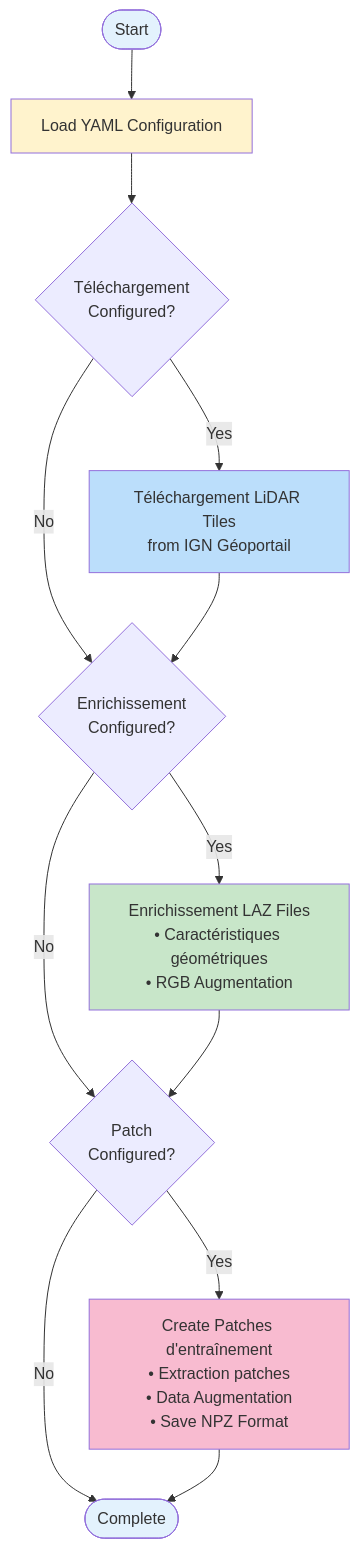
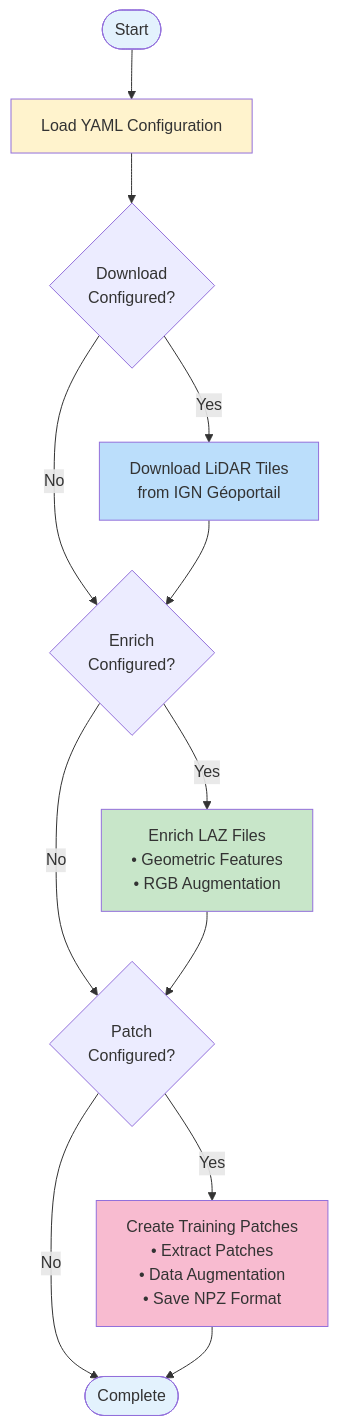
One commit to sducournau/IGN_LIDAR_HD_DATASET changed the second of 2 diagrams in website/i18n/fr/docusaurus-plugin-content-docs/current/features/pipeline-configuration.md. Above: the diagram before and after it, drawn with Mermaid. The commit also changed other lines of this file and 145 other files, not shown here.

````diff
--- a/website/i18n/fr/docusaurus-plugin-content-docs/current/features/pipeline-configuration.md
+++ b/website/i18n/fr/docusaurus-plugin-content-docs/current/features/pipeline-configuration.md
@@ -42,24 +52,24 @@
 ```mermaid
 flowchart TD
     Start([Start]) --> Config[Load YAML Configuration]
-    Config --> HasTéléchargement{Téléchargement<br/>Configured?}
+    Config --> HasDownload{Download<br/>Configured?}
 
-    HasTéléchargement -->|Yes| Téléchargement[Téléchargement LiDAR Tiles<br/>from IGN Géoportail]
-    HasTéléchargement -->|No| HasEnrichissement{Enrichissement<br/>Configured?}
-    Téléchargement --> HasEnrichissement
+    HasDownload -->|Yes| Download[Download LiDAR Tiles<br/>from IGN Géoportail]
+    HasDownload -->|No| HasEnrich{Enrich<br/>Configured?}
+    Download --> HasEnrich
 
-    HasEnrichissement -->|Yes| Enrichissement[Enrichissement LAZ Files<br/>• Caractéristiques géométriques<br/>• RGB Augmentation]
-    HasEnrichissement -->|No| HasPatch{Patch<br/>Configured?}
-    Enrichissement --> HasPatch
+    HasEnrich -->|Yes| Enrich[Enrich LAZ Files<br/>• Geometric Features<br/>• RGB Augmentation]
+    HasEnrich -->|No| HasPatch{Patch<br/>Configured?}
+    Enrich --> HasPatch
 
-    HasPatch -->|Yes| Patch[Create Patches d'entraînement<br/>• Extraction patches<br/>• Data Augmentation<br/>• Save NPZ Format]
+    HasPatch -->|Yes| Patch[Create Training Patches<br/>• Extract Patches<br/>• Data Augmentation<br/>• Save NPZ Format]
     HasPatch -->|No| End([Complete])
     Patch --> End
 
     style Start fill:#e3f2fd
     style Config fill:#fff3cd
-    style Téléchargement fill:#bbdefb
-    style Enrichissement fill:#c8e6c9
+    style Download fill:#bbdefb
+    style Enrich fill:#c8e6c9
     style Patch fill:#f8bbd0
     style End fill:#e3f2fd
 ```
````
